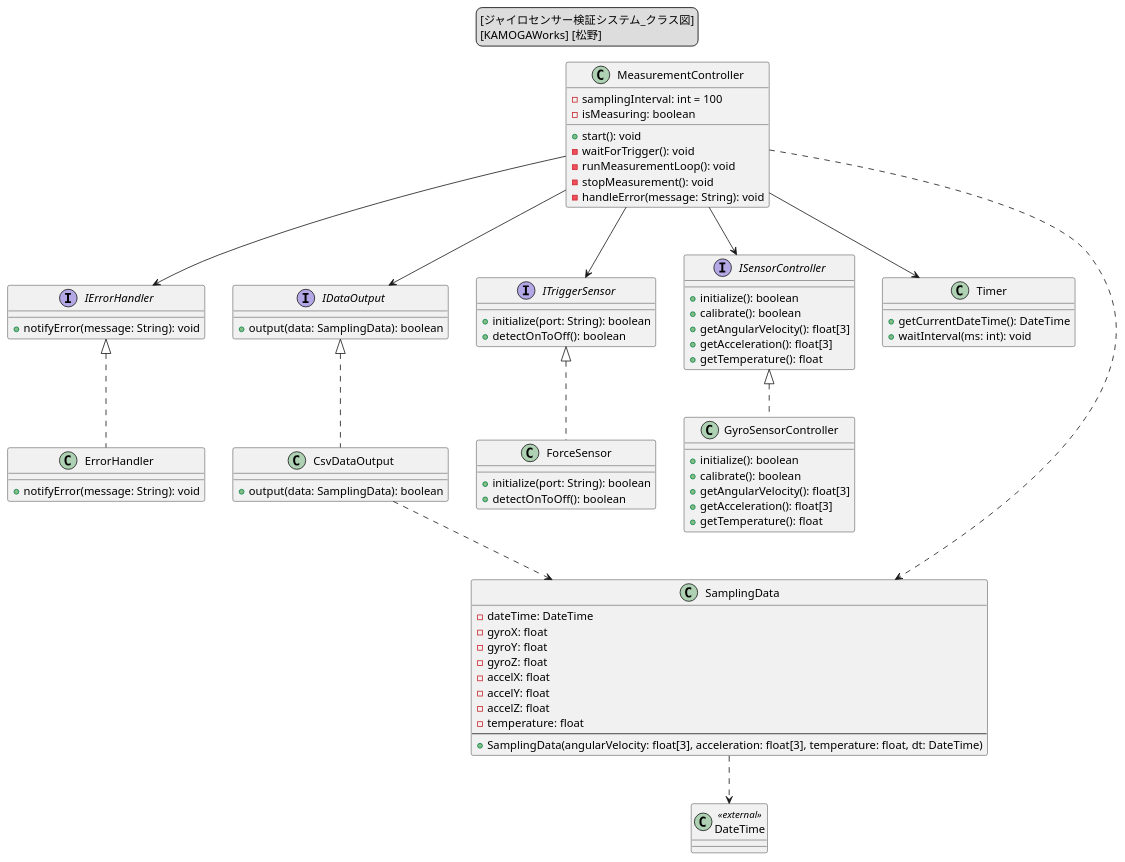
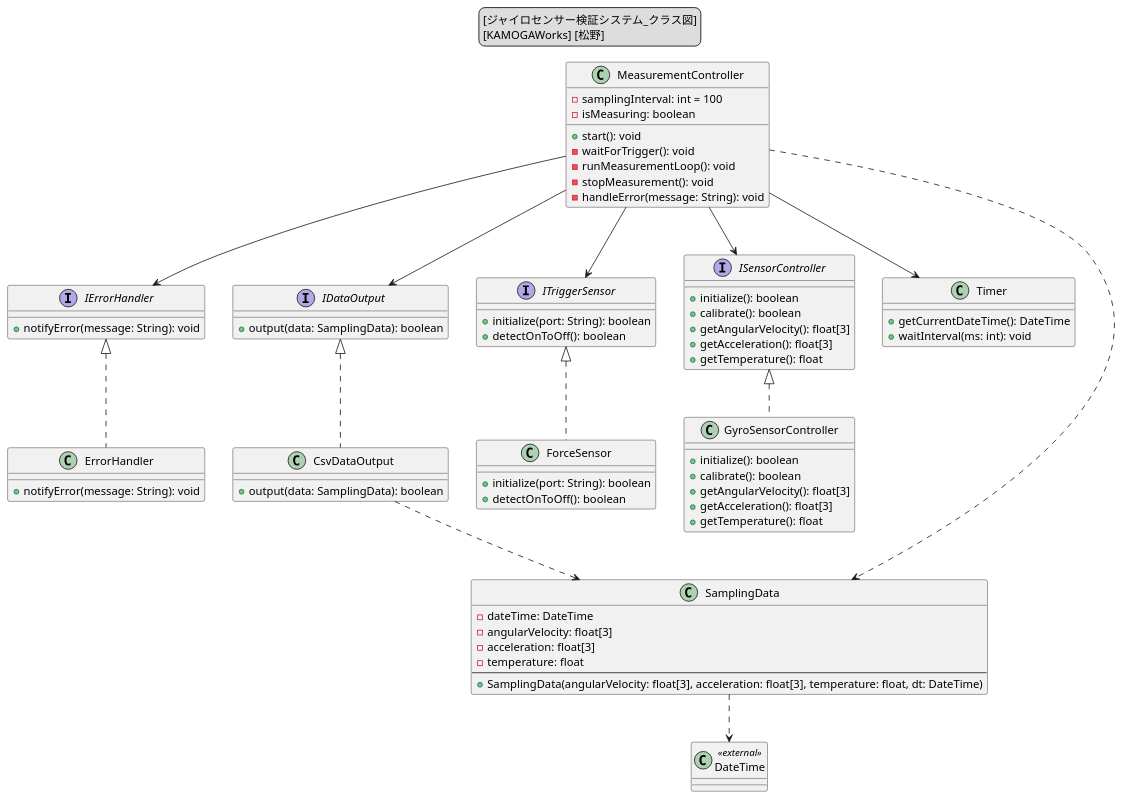
The diagram in UML/ジャイロセンサー検証システム_クラス図.puml (Matsuno0412/Gyro-sensor-System), drawn with PlantUML before and after one commit. The commit also changed 9 other files, not shown here.

```diff
--- a/UML/ジャイロセンサー検証システム_クラス図.puml
+++ b/UML/ジャイロセンサー検証システム_クラス図.puml
@@ -1,145 +1,145 @@
 @startuml ジャイロセンサー検証システム_クラス図
 
 legend top
 [ジャイロセンサー検証システム_クラス図]
 [KAMOGAWorks] [松野]
 endlegend
 
 ' =========================================================
 ' インターフェース定義（SPIKE-RT APIの抽象化）
 ' =========================================================
 
 ' IMU操作用インターフェース。
 ' SPIKE-RT APIへの直接依存を隠蔽し、
 ' MeasurementControllerからハードウェア依存を分離する。
 ' 角速度・加速度はAPI仕様に合わせてX/Y/Z軸のfloat[3]で扱う。
+' calibrate() は専用APIの呼び出しではなく、
+' 静止状態の基準値を取得し、ゼロ点補正用の基準として保持する。
 interface ISensorController {
   +initialize(): boolean
   +calibrate(): boolean
   +getAngularVelocity(): float[3]
   +getAcceleration(): float[3]
   +getTemperature(): float
 }
 
 ' 計測開始・終了トリガー用インターフェース。
 ' フォースセンサーのON後OFF検出を抽象化する。
 interface ITriggerSensor {
   +initialize(port: String): boolean
   +detectOnToOff(): boolean
 }
 
 ' 計測データ出力インターフェース。
 ' CSV出力の方式差し替えなどを可能にする。
 ' 出力成功可否をbooleanで返し、CSV出力失敗を検知できるようにする。
 interface IDataOutput {
   +output(data: SamplingData): boolean
 }
 
 ' 異常通知用インターフェース。
 ' 初期化失敗やCSV出力失敗などの異常内容を利用者へ通知する。
 interface IErrorHandler {
   +notifyError(message: String): void
 }
 
 ' =========================================================
 ' 実装クラス群
 ' =========================================================
 
 ' SPIKE-RT IMU API実装クラス。
 ' hub_imu_get_angular_velocity(), hub_imu_get_acceleration(),
 ' hub_imu_get_temperature() を利用して生データを取得する。
+' calibrate() では静止状態の基準値を取得し、以降の補正基準として保持する。
 class GyroSensorController {
   +initialize(): boolean
   +calibrate(): boolean
   +getAngularVelocity(): float[3]
   +getAcceleration(): float[3]
   +getTemperature(): float
 }
 
 ' フォースセンサー制御クラス。
 ' ON後OFFによるトリガー検出を担当する。
 class ForceSensor {
   +initialize(port: String): boolean
   +detectOnToOff(): boolean
 }
 
 ' SamplingDataをCSV形式へ変換し、
 ' 標準出力へリアルタイム出力する。
 ' 出力失敗時はfalseを返し、MeasurementController側で異常通知する。
 class CsvDataOutput {
   +output(data: SamplingData): boolean
 }
 
 ' 時刻取得およびサンプリング周期制御を担当。
 class Timer {
   +getCurrentDateTime(): DateTime
   +waitInterval(ms: int): void
 }
 
 ' 標準出力または標準エラー出力へ異常内容を通知する。
 class ErrorHandler {
   +notifyError(message: String): void
 }
 
 ' インターフェース実装
 GyroSensorController .up.|> ISensorController
 ForceSensor .up.|> ITriggerSensor
 CsvDataOutput .up.|> IDataOutput
 ErrorHandler .up.|> IErrorHandler
 
 ' =========================================================
 ' 計測制御（システム中枢）
 ' =========================================================
 
 ' システム全体の計測フロー制御を担当する中枢クラス。
 ' フォースセンサーON後OFFをトリガーとして
 ' 計測開始・終了を制御する。
 ' 初期化失敗やCSV出力失敗を検知した場合は、
-' IErrorHandlerを介して通知し、安全終了処理を行う。
+' handleError()でエラー通知と異常終了要求の設定を行う。
 class MeasurementController {
   -samplingInterval: int = 100
   -isMeasuring: boolean
   +start(): void
   -waitForTrigger(): void
   -runMeasurementLoop(): void
   -stopMeasurement(): void
   -handleError(message: String): void
 }
 
 ' =========================================================
 ' サンプリングデータ
 ' =========================================================
 
 class DateTime <<external>> {
 }
 
 ' 1回分のサンプリング結果を保持するデータクラス。
-' APIから取得したfloat型の生データをそのまま保持する。
+' APIから取得したfloat[3]の生データをそのまま保持する。
+' CsvDataOutputがX/Y/Z軸の各列へ展開してCSV出力する。
 ' カラーセンサー検証システムと同様に、日時情報はDateTimeとして保持する。
 class SamplingData {
   -dateTime: DateTime
-  -gyroX: float
-  -gyroY: float
-  -gyroZ: float
-  -accelX: float
-  -accelY: float
-  -accelZ: float
+  -angularVelocity: float[3]
+  -acceleration: float[3]
   -temperature: float
   --
   +SamplingData(angularVelocity: float[3], acceleration: float[3], temperature: float, dt: DateTime)
 }
 
 ' =========================================================
 ' 関係定義
 ' =========================================================
 
 MeasurementController --> ISensorController
 MeasurementController --> ITriggerSensor
 MeasurementController --> Timer
 MeasurementController --> IDataOutput
 MeasurementController --> IErrorHandler
 MeasurementController ..> SamplingData
 CsvDataOutput ..> SamplingData
 SamplingData ..> DateTime
 
 @enduml
```
